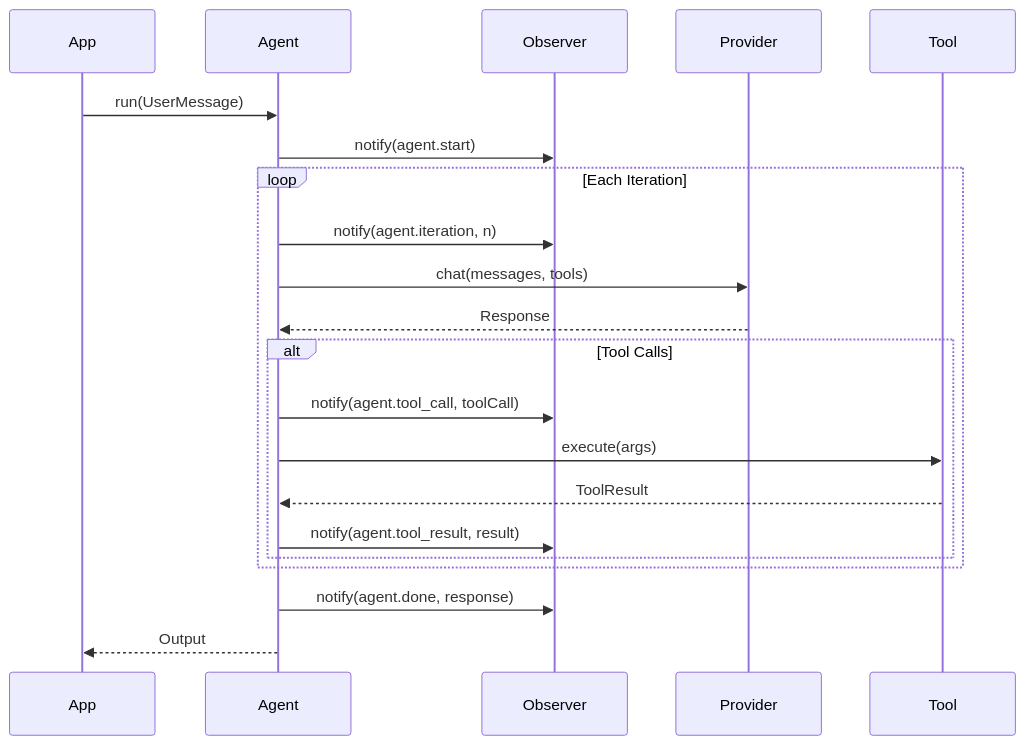
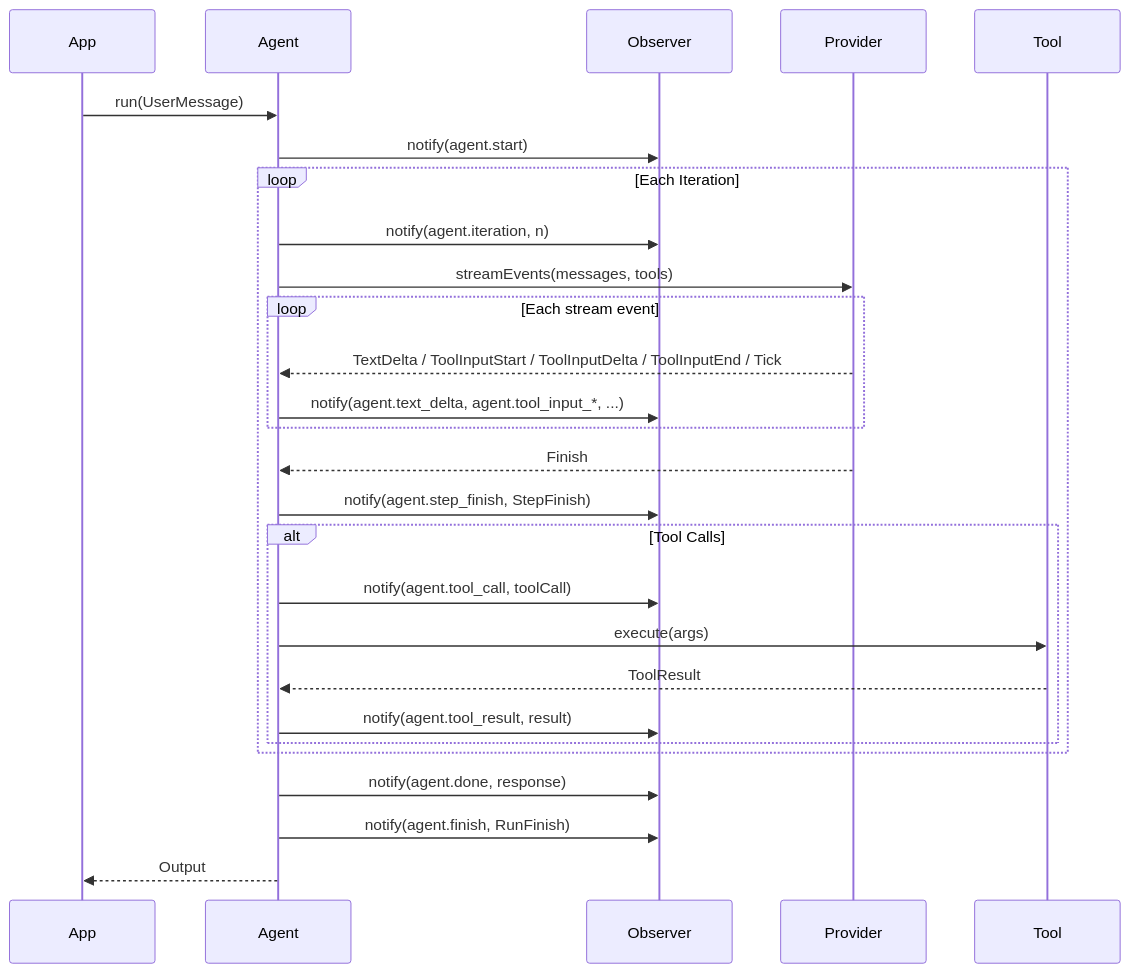
Before and after one commit to carmelosantana/php-agents: the third of 9 diagrams in docs/ARCHITECTURE.md, drawn with Mermaid. The commit also changed other lines of this file and 11 other files, not shown here.

````diff
--- a/docs/ARCHITECTURE.md
+++ b/docs/ARCHITECTURE.md
@@ -158,27 +159,33 @@
 ```mermaid
 sequenceDiagram
     participant App
     participant Agent
     participant Observer
     participant Provider
     participant Tool
 
     App->>Agent: run(UserMessage)
     Agent->>Observer: notify(agent.start)
 
     loop Each Iteration
         Agent->>Observer: notify(agent.iteration, n)
-        Agent->>Provider: chat(messages, tools)
-        Provider-->>Agent: Response
+        Agent->>Provider: streamEvents(messages, tools)
+        loop Each stream event
+            Provider-->>Agent: TextDelta / ToolInputStart / ToolInputDelta / ToolInputEnd / Tick
+            Agent->>Observer: notify(agent.text_delta, agent.tool_input_*, ...)
+        end
+        Provider-->>Agent: Finish
+        Agent->>Observer: notify(agent.step_finish, StepFinish)
 
         alt Tool Calls
             Agent->>Observer: notify(agent.tool_call, toolCall)
             Agent->>Tool: execute(args)
             Tool-->>Agent: ToolResult
             Agent->>Observer: notify(agent.tool_result, result)
         end
     end
 
     Agent->>Observer: notify(agent.done, response)
+    Agent->>Observer: notify(agent.finish, RunFinish)
     Agent-->>App: Output
 ```
````
